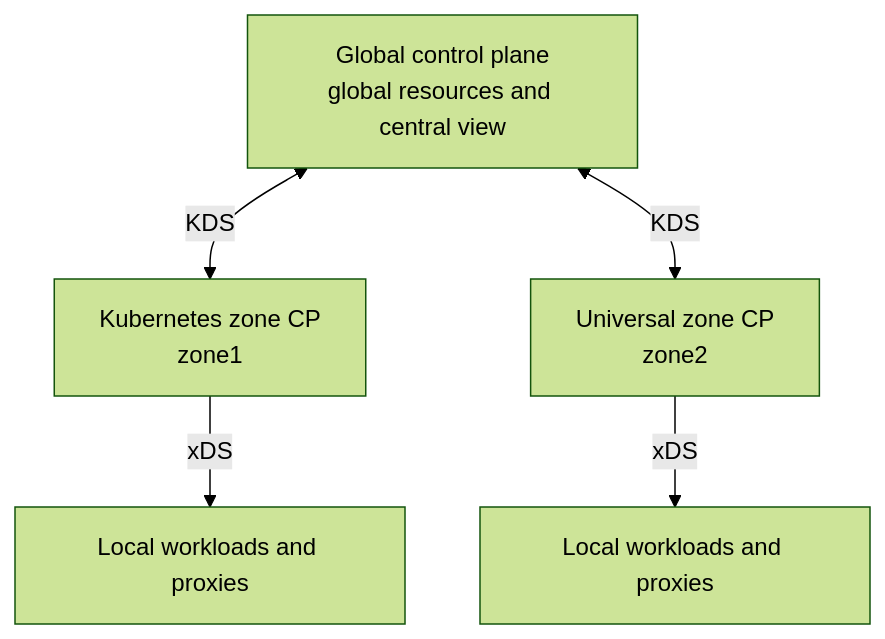
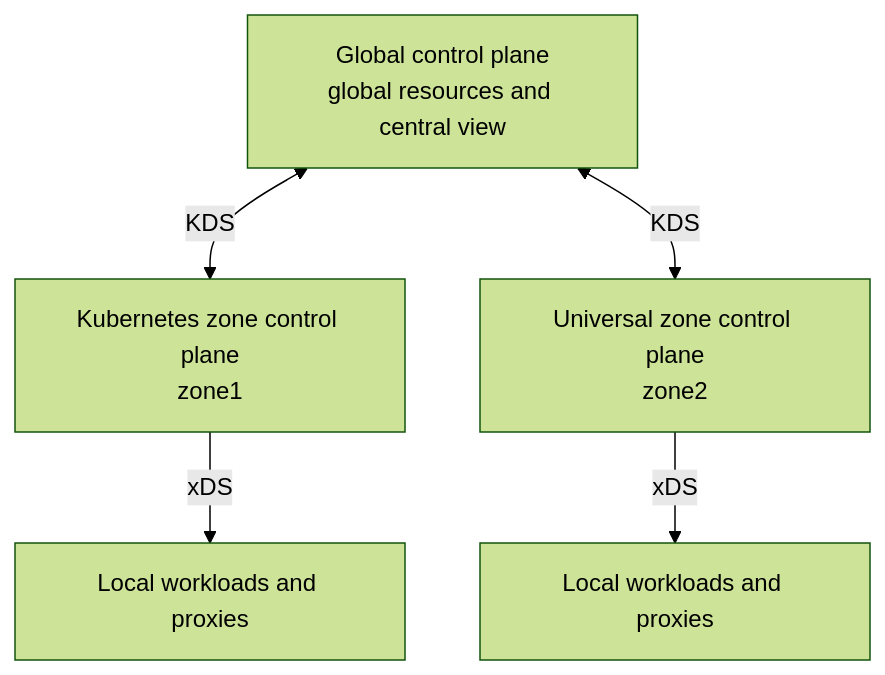
Before and after one commit to Kong/developer.konghq.com: the diagram in app/mesh/resource-scoping.md, drawn with Mermaid (forest theme). The commit also changed other lines of this file and 11 other files, not shown here.

```diff
--- a/app/mesh/resource-scoping.md
+++ b/app/mesh/resource-scoping.md
@@ -34,13 +42,13 @@
 {% mermaid %}
 flowchart TD
     K["Global control plane<br/>global resources and central view"]
-    Z1["Kubernetes zone CP<br/>zone1"]
-    Z2["Universal zone CP<br/>zone2"]
+    Z1["Kubernetes zone control plane<br/>zone1"]
+    Z2["Universal zone control plane<br/>zone2"]
     D1["Local workloads and proxies"]
     D2["Local workloads and proxies"]
 
     K <-->|KDS| Z1
     K <-->|KDS| Z2
     Z1 -->|xDS| D1
     Z2 -->|xDS| D2
 {% endmermaid %}
```
